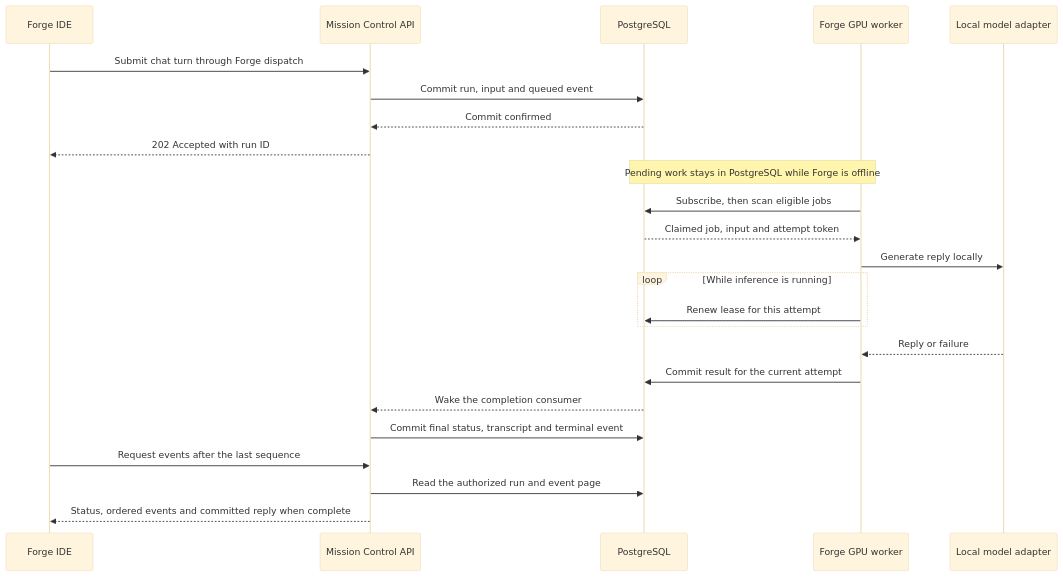
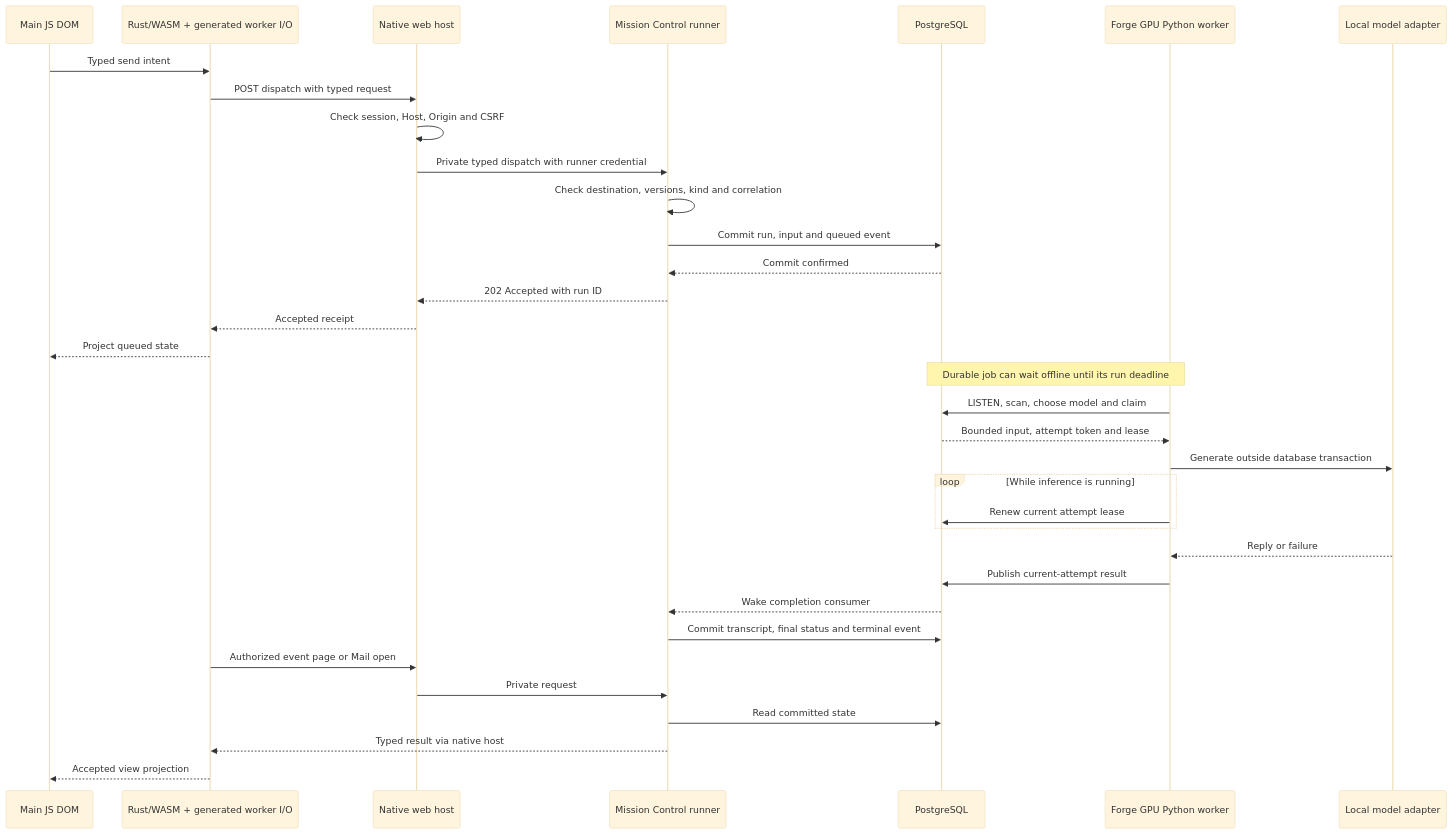
The diagram in docs/architecture/forge-postgres-inference-dispatch.md (roachmaster/homelab), drawn with Mermaid (base theme) before and after one commit. The commit also changed other lines of this file and 120 other files, not shown here.

````diff
--- a/docs/architecture/forge-postgres-inference-dispatch.md
+++ b/docs/architecture/forge-postgres-inference-dispatch.md
@@ -13,27 +36,37 @@
 ```mermaid
 sequenceDiagram
-    participant IDE as Forge IDE
-    participant MC as Mission Control API
+    participant DOM as Main JS DOM
+    participant Browser as Rust/WASM + generated worker I/O
+    participant Host as Native web host
+    participant MC as Mission Control runner
     participant DB as PostgreSQL
-    participant Forge as Forge GPU worker
+    participant Forge as Forge GPU Python worker
     participant Model as Local model adapter
 
-    IDE->>MC: Submit chat turn through Forge dispatch
+    DOM->>Browser: Typed send intent
+    Browser->>Host: POST dispatch with typed request
+    Host->>Host: Check session, Host, Origin and CSRF
+    Host->>MC: Private typed dispatch with runner credential
+    MC->>MC: Check destination, versions, kind and correlation
     MC->>DB: Commit run, input and queued event
     DB-->>MC: Commit confirmed
-    MC-->>IDE: 202 Accepted with run ID
-    Note over DB,Forge: Pending work stays in PostgreSQL while Forge is offline
-    Forge->>DB: Subscribe, then scan eligible jobs
-    DB-->>Forge: Claimed job, input and attempt token
-    Forge->>Model: Generate reply locally
+    MC-->>Host: 202 Accepted with run ID
+    Host-->>Browser: Accepted receipt
+    Browser-->>DOM: Project queued state
+    Note over DB,Forge: Durable job can wait offline until its run deadline
+    Forge->>DB: LISTEN, scan, choose model and claim
+    DB-->>Forge: Bounded input, attempt token and lease
+    Forge->>Model: Generate outside database transaction
     loop While inference is running
-        Forge->>DB: Renew lease for this attempt
+        Forge->>DB: Renew current attempt lease
     end
     Model-->>Forge: Reply or failure
-    Forge->>DB: Commit result for the current attempt
-    DB-->>MC: Wake the completion consumer
-    MC->>DB: Commit final status, transcript and terminal event
-    IDE->>MC: Request events after the last sequence
-    MC->>DB: Read the authorized run and event page
-    MC-->>IDE: Status, ordered events and committed reply when complete
+    Forge->>DB: Publish current-attempt result
+    DB-->>MC: Wake completion consumer
+    MC->>DB: Commit transcript, final status and terminal event
+    Browser->>Host: Authorized event page or Mail open
+    Host->>MC: Private request
+    MC->>DB: Read committed state
+    MC-->>Browser: Typed result via native host
+    Browser-->>DOM: Accepted view projection
 ```
````
